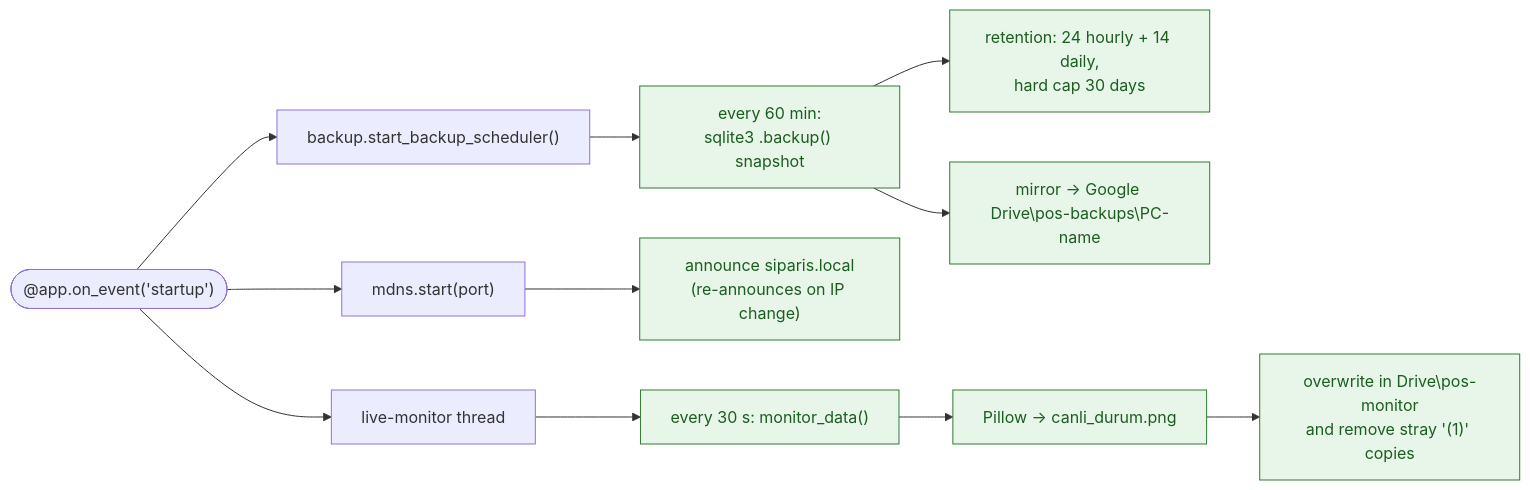
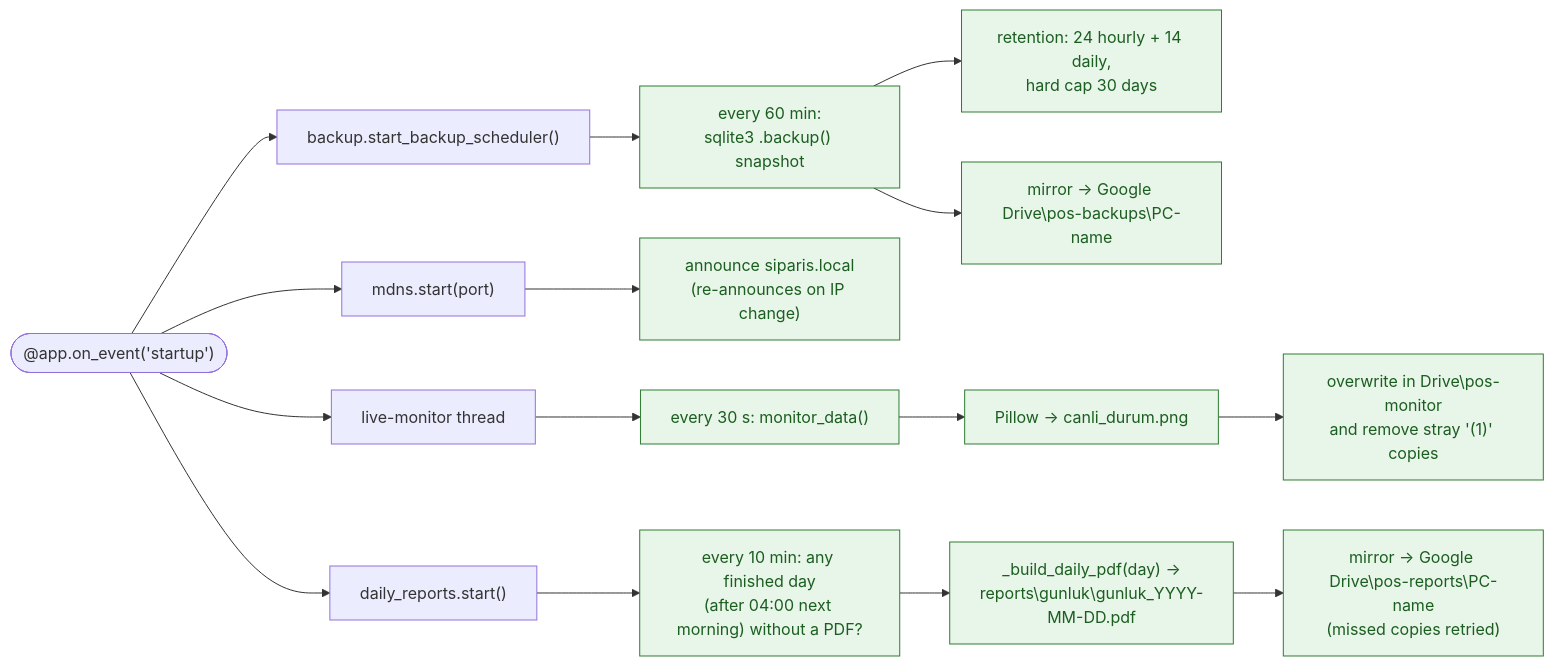
Before and after one commit to HikmetEmre/YUZDOKSANBES_POS_MANAGER: the fifth of 6 diagrams in README.md, drawn with Mermaid. The commit also changed other lines of this file and 10 other files, not shown here.

````diff
--- a/README.md
+++ b/README.md
@@ -304,19 +316,24 @@
 ```mermaid
 flowchart LR
     START(["@app.on_event('startup')"]) --> B["backup.start_backup_scheduler()"]
     START --> MD["mdns.start(port)"]
     START --> MT["live-monitor thread"]
+    START --> DR["daily_reports.start()"]
 
     B --> B1["every 60 min:<br/>sqlite3 .backup() snapshot"]
     B1 --> B2["retention: 24 hourly + 14 daily,<br/>hard cap 30 days"]
     B1 --> B3["mirror → Google Drive\pos-backups\PC-name"]
 
     MD --> M1["announce siparis.local<br/>(re-announces on IP change)"]
 
     MT --> T1["every 30 s: monitor_data()"]
     T1 --> T2["Pillow → canli_durum.png"]
     T2 --> T3["overwrite in Drive\pos-monitor<br/>and remove stray '(1)' copies"]
 
+    DR --> R1["every 10 min: any finished day<br/>(after 04:00 next morning) without a PDF?"]
+    R1 --> R2["_build_daily_pdf(day) →<br/>reports\gunluk\gunluk_YYYY-MM-DD.pdf"]
+    R2 --> R3["mirror → Google Drive\pos-reports\PC-name<br/>(missed copies retried)"]
+
     classDef safe fill:#e8f5e9,stroke:#2e7d32,color:#1b5e20
-    class B1,B2,B3,M1,T1,T2,T3 safe
+    class B1,B2,B3,M1,T1,T2,T3,R1,R2,R3 safe
 ```
````
